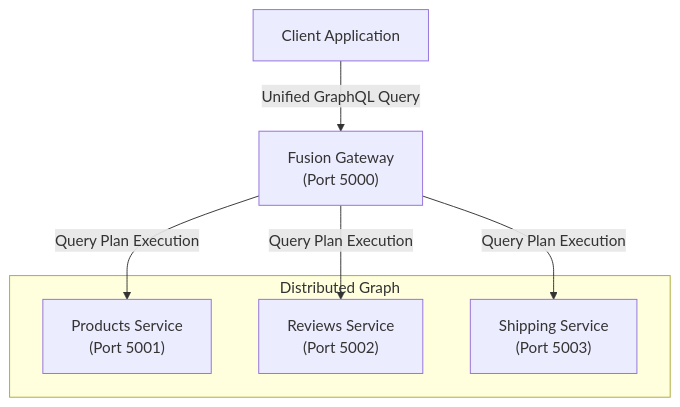
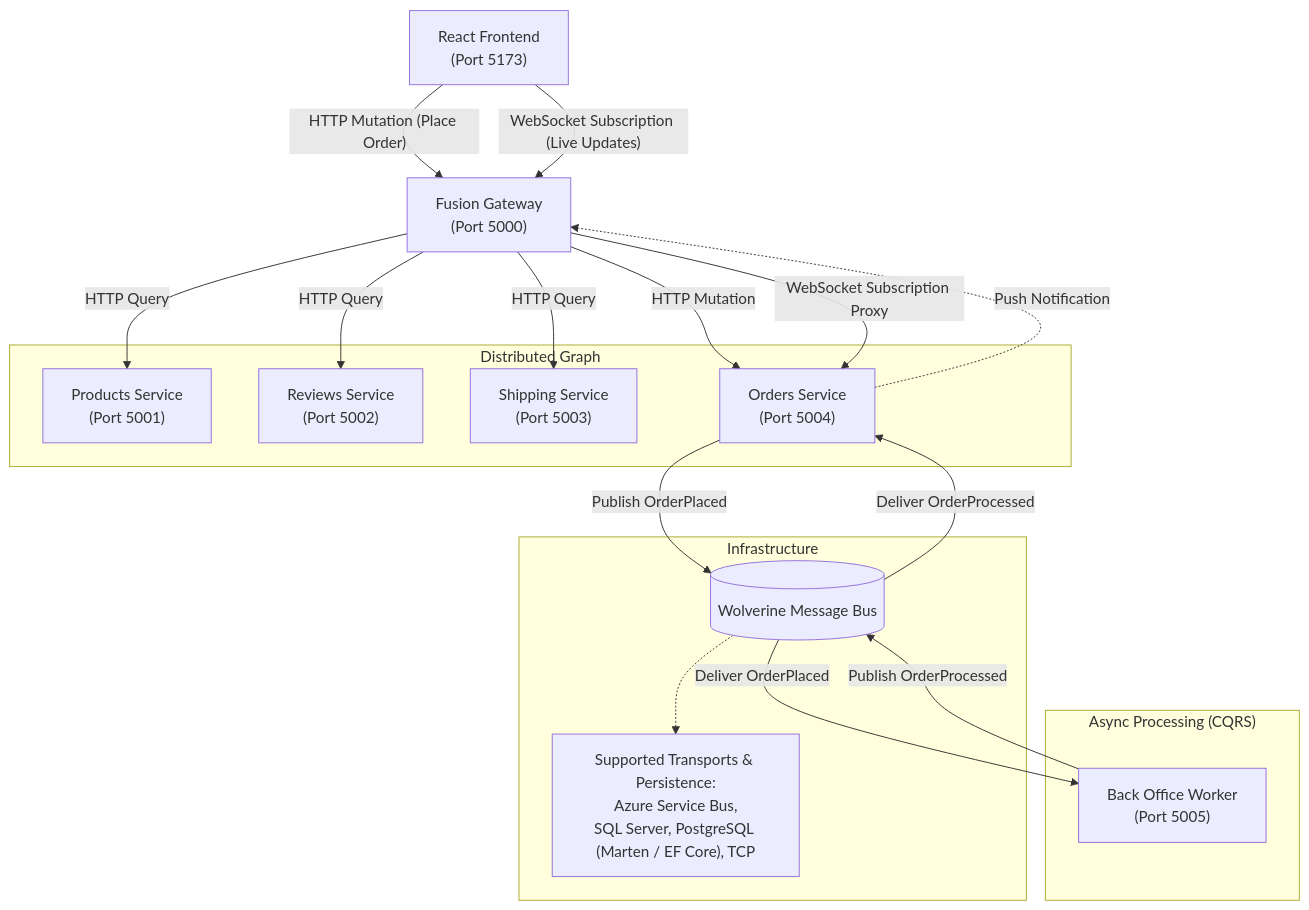
The first of 3 diagrams in README.md (sjefvanleeuwen/graphql-gateway-patterns), drawn with Mermaid before and after one commit. The commit also changed other lines of this file and 30 other files, not shown here.

````diff
--- a/README.md
+++ b/README.md
@@ -11,16 +11,42 @@
 ```mermaid
 graph TD
-    Client[Client Application]
+    Client["React Frontend<br/>(Port 5173)"]
     Gateway["Fusion Gateway<br/>(Port 5000)"]
     
     subgraph "Distributed Graph"
         Products["Products Service<br/>(Port 5001)"]
         Reviews["Reviews Service<br/>(Port 5002)"]
         Shipping["Shipping Service<br/>(Port 5003)"]
+        Orders["Orders Service<br/>(Port 5004)"]
     end
 
-    Client -- "Unified GraphQL Query" --> Gateway
-    Gateway -- "Query Plan Execution" --> Products
-    Gateway -- "Query Plan Execution" --> Reviews
-    Gateway -- "Query Plan Execution" --> Shipping
+    subgraph "Async Processing (CQRS)"
+        BackOffice["Back Office Worker<br/>(Port 5005)"]
+    end
+
+    subgraph "Infrastructure"
+        Bus[("Wolverine Message Bus")]
+        BackingServices["Supported Transports & Persistence:<br/>Azure Service Bus,<br/>SQL Server, PostgreSQL (Marten / EF Core), TCP"]
+        Bus -.-> BackingServices
+    end
+
+    %% Client Interactions
+    Client -- "HTTP Mutation (Place Order)" --> Gateway
+    Client -- "WebSocket Subscription (Live Updates)" --> Gateway
+
+    %% Gateway Routing
+    Gateway -- "HTTP Query" --> Products
+    Gateway -- "HTTP Query" --> Reviews
+    Gateway -- "HTTP Query" --> Shipping
+    Gateway -- "HTTP Mutation" --> Orders
+    Gateway -- "WebSocket Subscription Proxy" --> Orders
+
+    %% Async Flow
+    Orders -- "Publish OrderPlaced" --> Bus
+    Bus -- "Deliver OrderPlaced" --> BackOffice
+    
+    BackOffice -- "Publish OrderProcessed" --> Bus
+    Bus -- "Deliver OrderProcessed" --> Orders
+    
+    Orders -.->|"Push Notification"| Gateway
 ```
````
